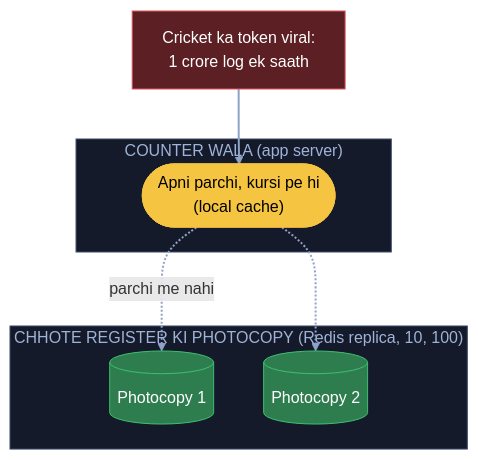
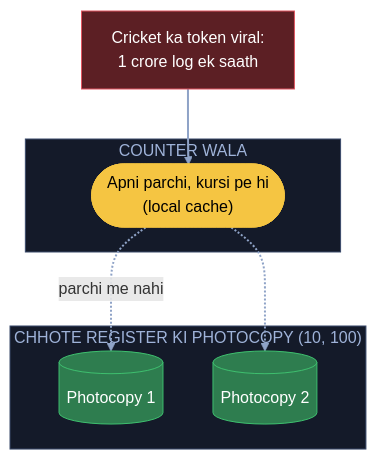
One commit to ArpanMaheshwari144/Prep changed diagram 11 of 14 in 04_HLD/SYSTEM_DESIGNS/01_url_shortener/01_url_shortener.md. Above: the diagram before and after it, drawn with Mermaid. The commit also changed other lines of this file and 21 other files, not shown here.

Commit message:
Diagram: saare label purani halat me (bracket wala kaam dobara, sirf kahani ke dohraaye shabd)

````diff
--- a/04_HLD/SYSTEM_DESIGNS/01_url_shortener/01_url_shortener.md
+++ b/04_HLD/SYSTEM_DESIGNS/01_url_shortener/01_url_shortener.md
@@ -419,21 +419,21 @@
 ```mermaid
 flowchart TB
     U["Cricket ka token viral:<br/>1 crore log ek saath"]:::bad
-    subgraph CW["COUNTER WALA (app server)"]
+    subgraph CW["COUNTER WALA"]
         P(["Apni parchi, kursi pe hi<br/>(local cache)"]):::pill
     end
-    subgraph PC["CHHOTE REGISTER KI PHOTOCOPY (Redis replica, 10, 100)"]
+    subgraph PC["CHHOTE REGISTER KI PHOTOCOPY (10, 100)"]
         R1[("Photocopy 1")]:::good
         R2[("Photocopy 2")]:::good
     end
     U --> P
     P -. "parchi me nahi" .-> R1
     P -.-> R2
     linkStyle default stroke:#8fa3c7,stroke-width:2px
     classDef card fill:#1e2638,stroke:#3a4a6b,color:#e8ecf5
     classDef pill fill:#f5c542,stroke:#f5c542,color:#000
     classDef good fill:#2e7d4f,stroke:#3fbf6f,color:#fff
     classDef bad fill:#5c1f24,stroke:#e05561,color:#fff
     style CW fill:#141a29,stroke:#3a4a6b,color:#9fb3d9
     style PC fill:#141a29,stroke:#3a4a6b,color:#9fb3d9
 ```
````
